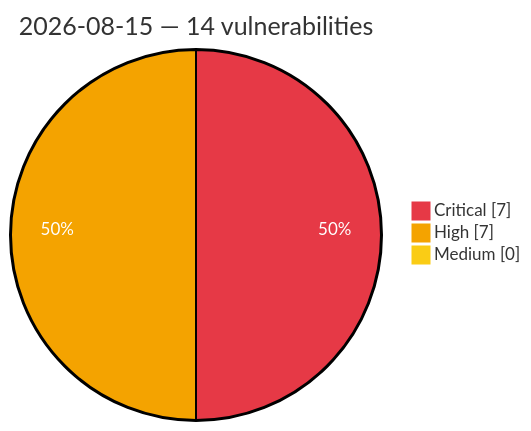
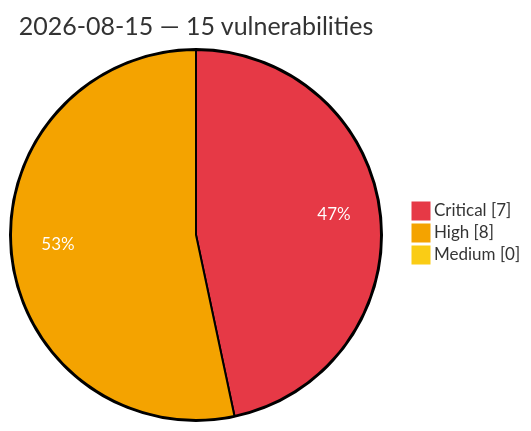
One commit to GhostX0X/vuln-tracker changed the diagram in vulnerabilities/2026/August/2026-08-15.md. Above: the diagram before and after it, drawn with Mermaid. The commit also changed other lines of this file and 5 other files, not shown here.

````diff
--- a/vulnerabilities/2026/August/2026-08-15.md
+++ b/vulnerabilities/2026/August/2026-08-15.md
@@ -3,8 +3,8 @@
 ```mermaid
 %%{init: {'theme':'base', 'themeVariables': {'pie1':'#e63946', 'pie2':'#f4a300', 'pie3':'#facc15', 'pieOpacity':'1', 'pieOuterStrokeWidth':'2px', 'pieSectionTextColor':'#ffffff'}}}%%
 pie showData
-    title 2026-08-15 — 14 vulnerabilities
+    title 2026-08-15 — 15 vulnerabilities
     "Critical" : 7
-    "High" : 7
+    "High" : 8
     "Medium" : 0
 ```
````
